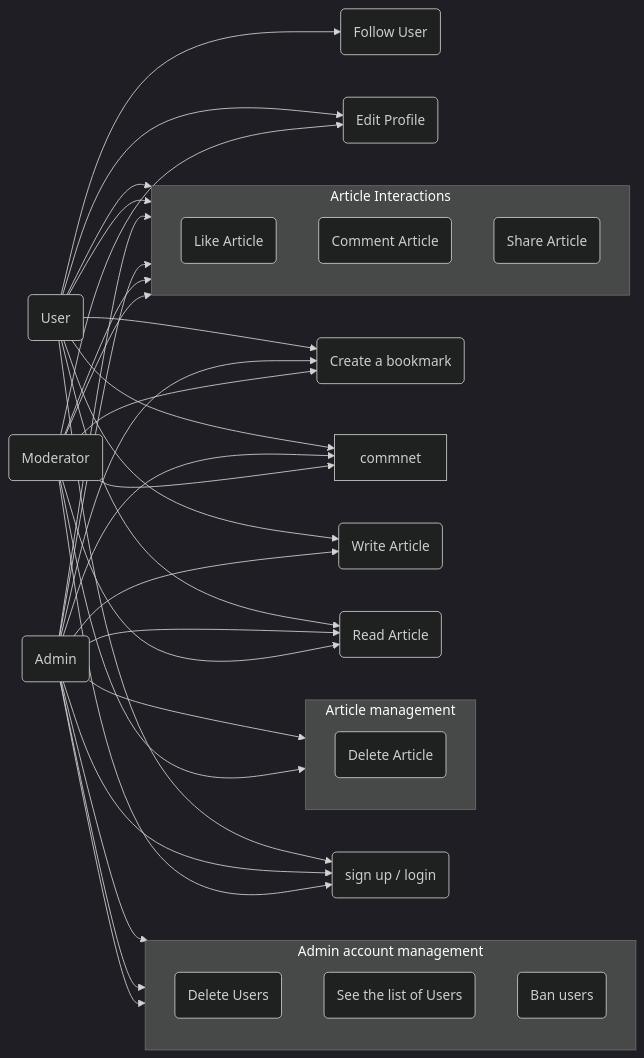
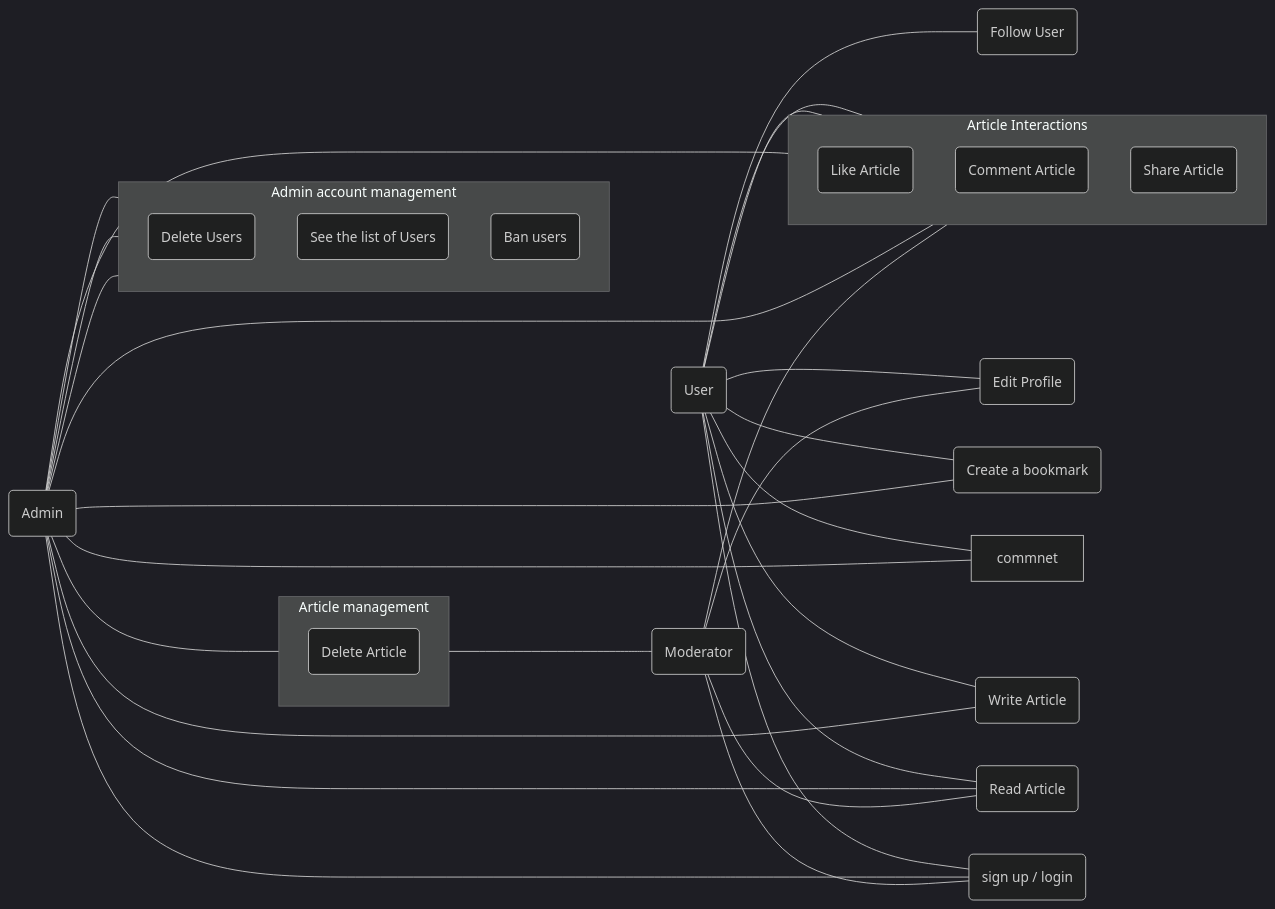
Before and after one commit to 4ry1337/my-obsidian: the first of 6 diagrams in Capstone/Diagrams.md, drawn with Mermaid (dark theme). The commit also changed 1 other file, not shown here.

Commit message:
vault backup: 2024-01-16 21:18:11

````diff
--- a/Capstone/Diagrams.md
+++ b/Capstone/Diagrams.md
@@ -2,68 +2,65 @@
 ```mermaid
 flowchart LR
  user(User)
  admin(Admin)
  mod(Moderator)
  
  auth(sign up / login)
  read(Read Article)
  write(Write Article)
  follow(Follow User)
  bookmark(Create a bookmark)
  
  editp(Edit Profile)
  
  subgraph Article Interactions
   direction TB
   like(Like Article)
   comment(Comment Article)
   share(Share Article)
  end
  
  subgraph Admin account management
   direction TB
   deleteUsers(Delete Users)
   listOfUsers(See the list of Users)
   ban(Ban users)
  end
  
  subgraph Article management
   direction TB
   deleteArticle(Delete Article)
  end
 
- user --> auth
- user --> read
- user --> write
- user --> follow
- user --> editp
- user --> like
- user --> commnet
- user --> share
- user --> bookmark
+ user --- auth
+ user --- read
+ user --- write
+ user --- follow
+ user --- editp
+ user --- like
+ user --- commnet
+ user --- share
+ user --- bookmark
 
- admin --> auth
- admin --> deleteUsers
- admin --> listOfUsers
- admin --> ban
+ admin --- auth
+ admin --- deleteUsers
+ admin --- listOfUsers
+ admin --- ban
  
- admin --> read
- admin --> write
- admin --> like
- admin --> commnet
- admin --> share
- admin --> bookmark
- 
- admin --> deleteArticle
+ admin --- read
+ admin --- write
+ admin --- like
+ admin --- commnet
+ admin --- share
+ admin --- bookmark
+ admin --- deleteArticle
 
- mod --> auth
- mod --> read
- mod --> editp
- mod --> like
- mod --> commnet
- mod --> share
- mod --> bookmark
- 
- mod --> deleteArticle
-
+ mod --- auth
+ mod --- read
+ mod --- editp
+ mod --- like
+ commnet
+ share
+ bookmark
+ deleteArticle --- mod 
 ```
````
